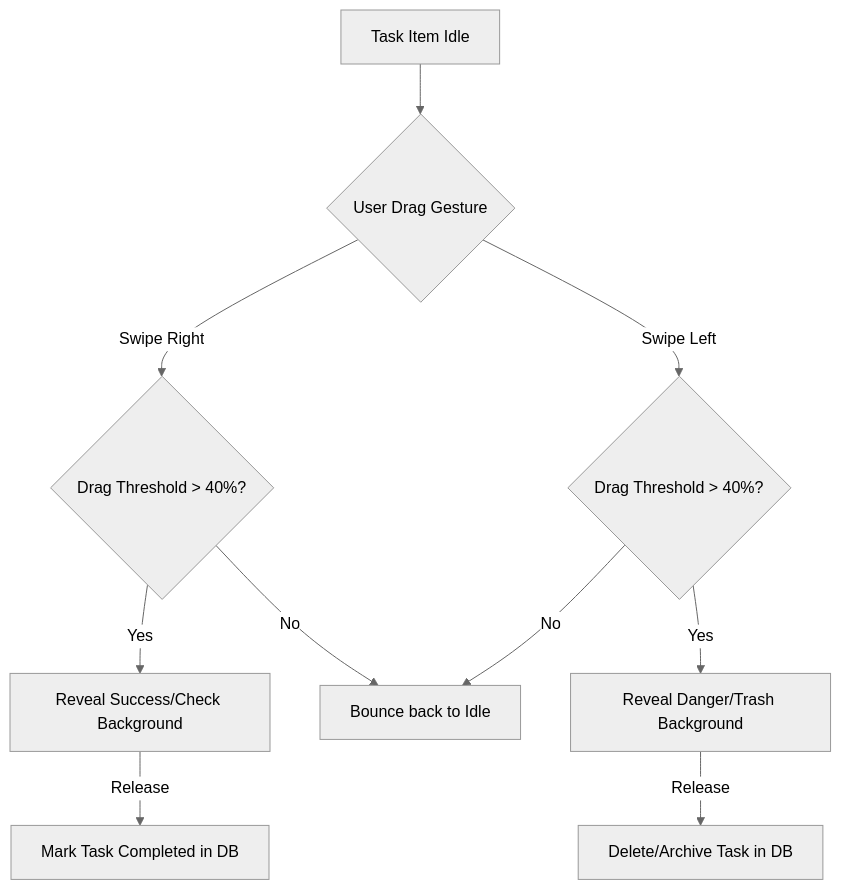
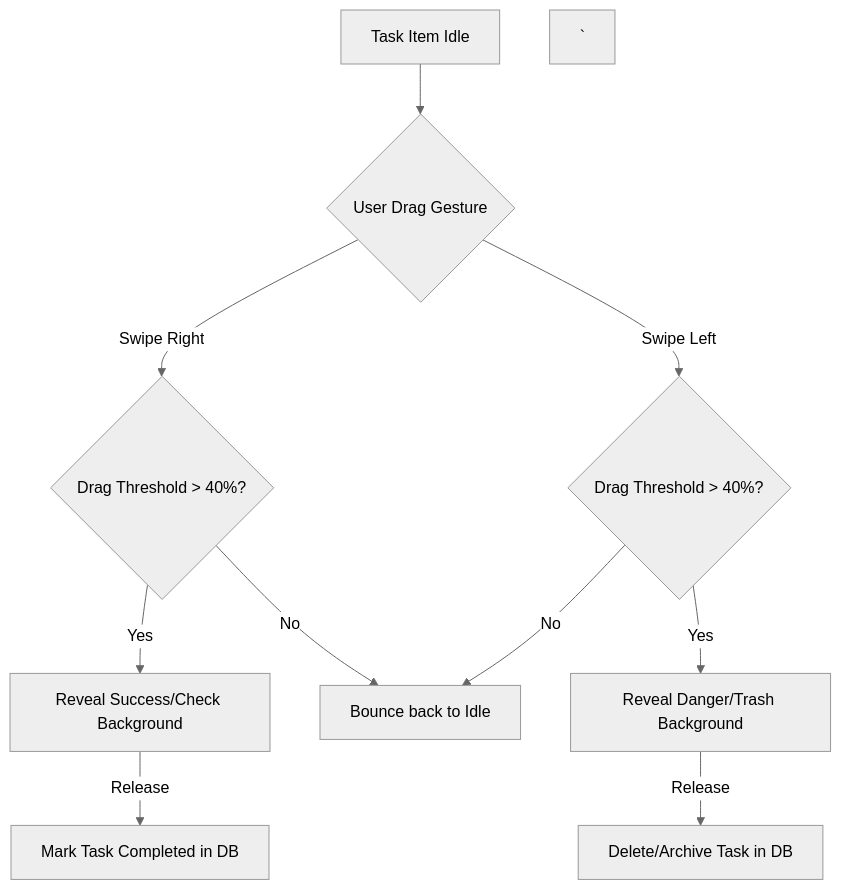
One commit to Savior-Systems/Savior-Systems-Android-Projects changed the third of 3 diagrams in 12. Minimalist To-Do/03.FUNCTIONAL-FLOWS.md. Above: the diagram before and after it, drawn with Mermaid (neutral theme). The commit also changed other lines of this file and 450 other files, not shown here.

````diff
--- a/12. Minimalist To-Do/03.FUNCTIONAL-FLOWS.md
+++ b/12. Minimalist To-Do/03.FUNCTIONAL-FLOWS.md
@@ -45,15 +45,15 @@
 ```mermaid
 graph TD
     A[Task Item Idle] --> B{User Drag Gesture}
     B -- Swipe Right --> C{Drag Threshold > 40%?}
     B -- Swipe Left --> D{Drag Threshold > 40%?}
-    
+`
     C -- Yes --> E[Reveal Success/Check Background]
     C -- No --> F[Bounce back to Idle]
-    
+`
     D -- Yes --> G[Reveal Danger/Trash Background]
     D -- No --> F
-    
+`
     E -- Release --> H[Mark Task Completed in DB]
     G -- Release --> I[Delete/Archive Task in DB]
 ```
````
